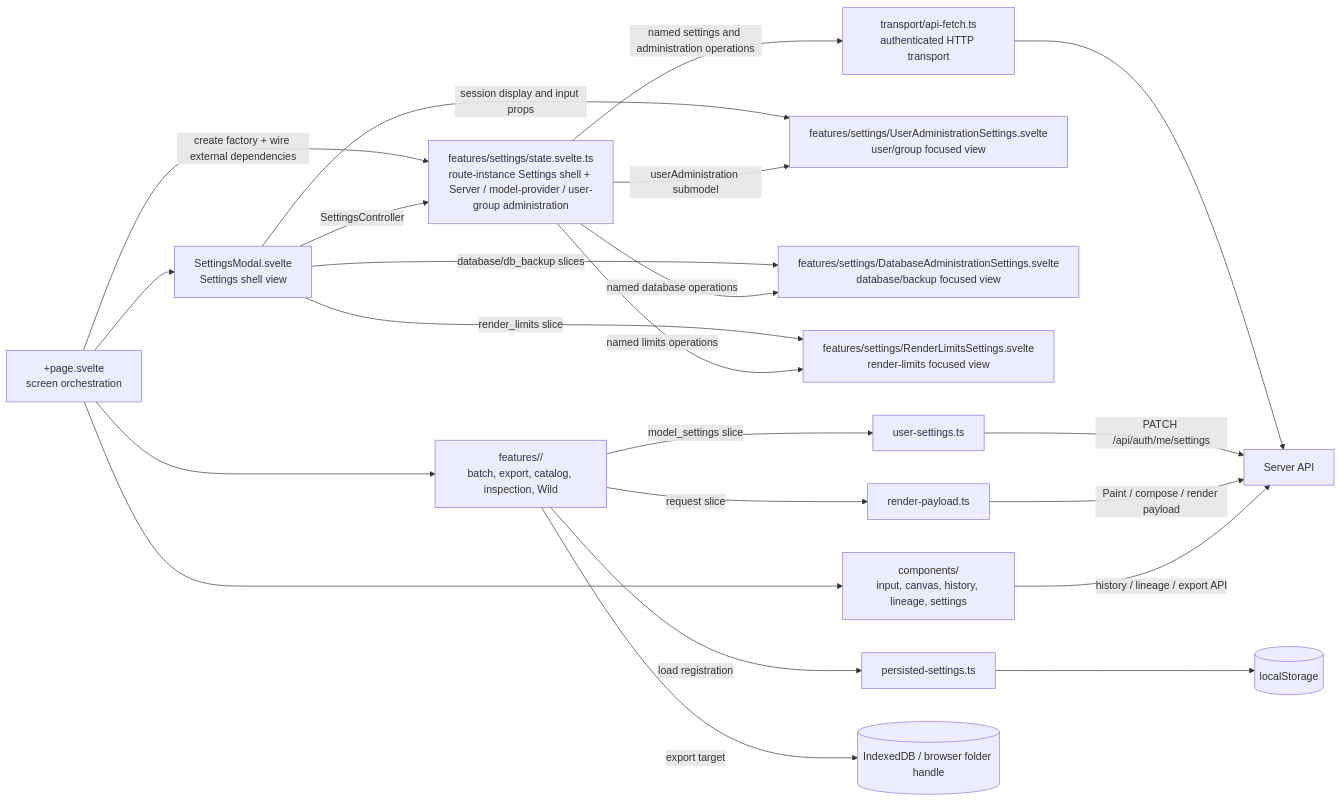
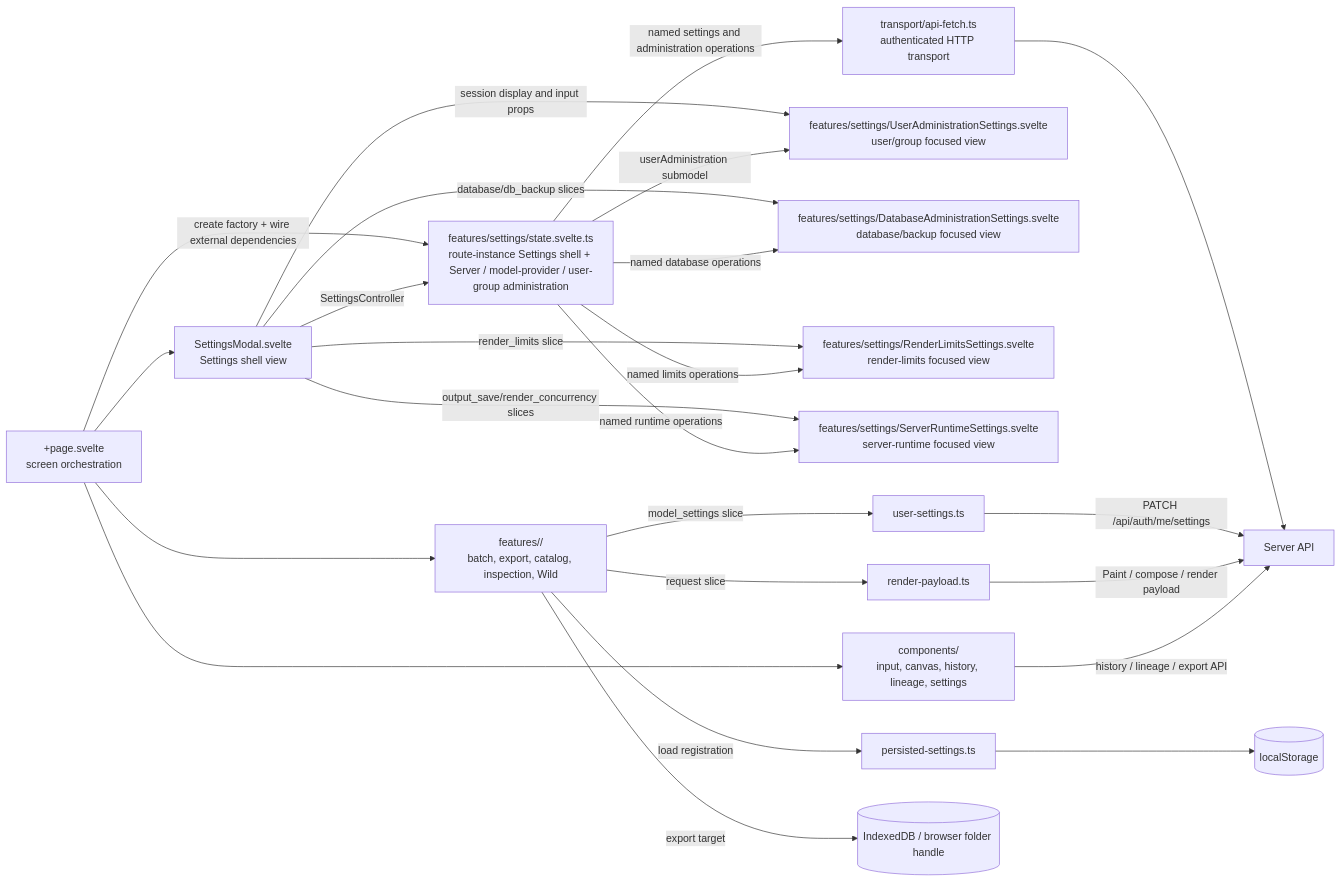
Before and after one commit to oikawas/inku-lang: the second of 2 diagrams in docs/architecture/client-boundaries.md, drawn with Mermaid. The commit also changed other lines of this file and 4 other files, not shown here.

Commit message:
refactor(web): extract server runtime settings view

````diff
--- a/docs/architecture/client-boundaries.md
+++ b/docs/architecture/client-boundaries.md
@@ -31,40 +31,43 @@
 ```mermaid
 flowchart LR
     PAGE["+page.svelte\nscreen orchestration"]
     COMPONENTS["components/\ninput, canvas, history, lineage, settings"]
     FEATURES["features/<name>/\nbatch, export, catalog, inspection, Wild"]
     SETTINGS["features/settings/state.svelte.ts\nroute-instance Settings shell + Server / model-provider / user-group administration"]
     SETTINGS_MODAL["SettingsModal.svelte\nSettings shell view"]
     USER_ADMIN_VIEW["features/settings/UserAdministrationSettings.svelte\nuser/group focused view"]
     DATABASE_VIEW["features/settings/DatabaseAdministrationSettings.svelte\ndatabase/backup focused view"]
     LIMITS_VIEW["features/settings/RenderLimitsSettings.svelte\nrender-limits focused view"]
+    RUNTIME_VIEW["features/settings/ServerRuntimeSettings.svelte\nserver-runtime focused view"]
     TRANSPORT["transport/api-fetch.ts\nauthenticated HTTP transport"]
     PERSIST["persisted-settings.ts"]
     USERSET["user-settings.ts"]
     PAYLOAD["render-payload.ts"]
     LOCAL[("localStorage")]
     INDEXED[("IndexedDB / browser folder handle")]
     API["Server API"]
 
     PAGE --> COMPONENTS
     PAGE --> FEATURES
     PAGE -->|"create factory + wire external dependencies"| SETTINGS
     PAGE --> SETTINGS_MODAL
     SETTINGS_MODAL -->|"SettingsController"| SETTINGS
     SETTINGS_MODAL -->|"session display and input props"| USER_ADMIN_VIEW
     SETTINGS -->|"userAdministration submodel"| USER_ADMIN_VIEW
     SETTINGS_MODAL -->|"database/db_backup slices"| DATABASE_VIEW
     SETTINGS -->|"named database operations"| DATABASE_VIEW
     SETTINGS_MODAL -->|"render_limits slice"| LIMITS_VIEW
     SETTINGS -->|"named limits operations"| LIMITS_VIEW
+    SETTINGS_MODAL -->|"output_save/render_concurrency slices"| RUNTIME_VIEW
+    SETTINGS -->|"named runtime operations"| RUNTIME_VIEW
     SETTINGS -->|"named settings and administration operations"| TRANSPORT
     TRANSPORT --> API
     FEATURES -->|"load registration"| PERSIST
     FEATURES -->|"model_settings slice"| USERSET
     FEATURES -->|"request slice"| PAYLOAD
     PERSIST --> LOCAL
     USERSET -->|"PATCH /api/auth/me/settings"| API
     PAYLOAD -->|"Paint / compose / render payload"| API
     FEATURES -->|"export target"| INDEXED
     COMPONENTS -->|"history / lineage / export API"| API
 ```
````
